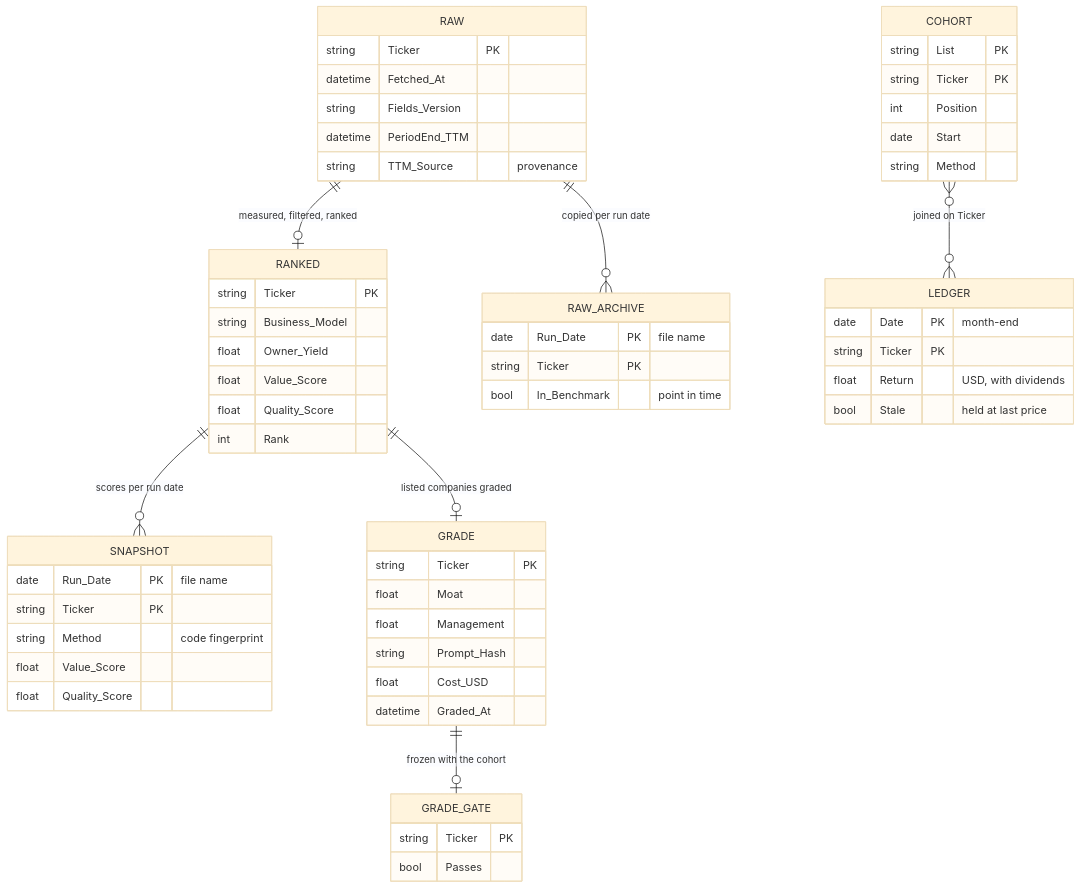
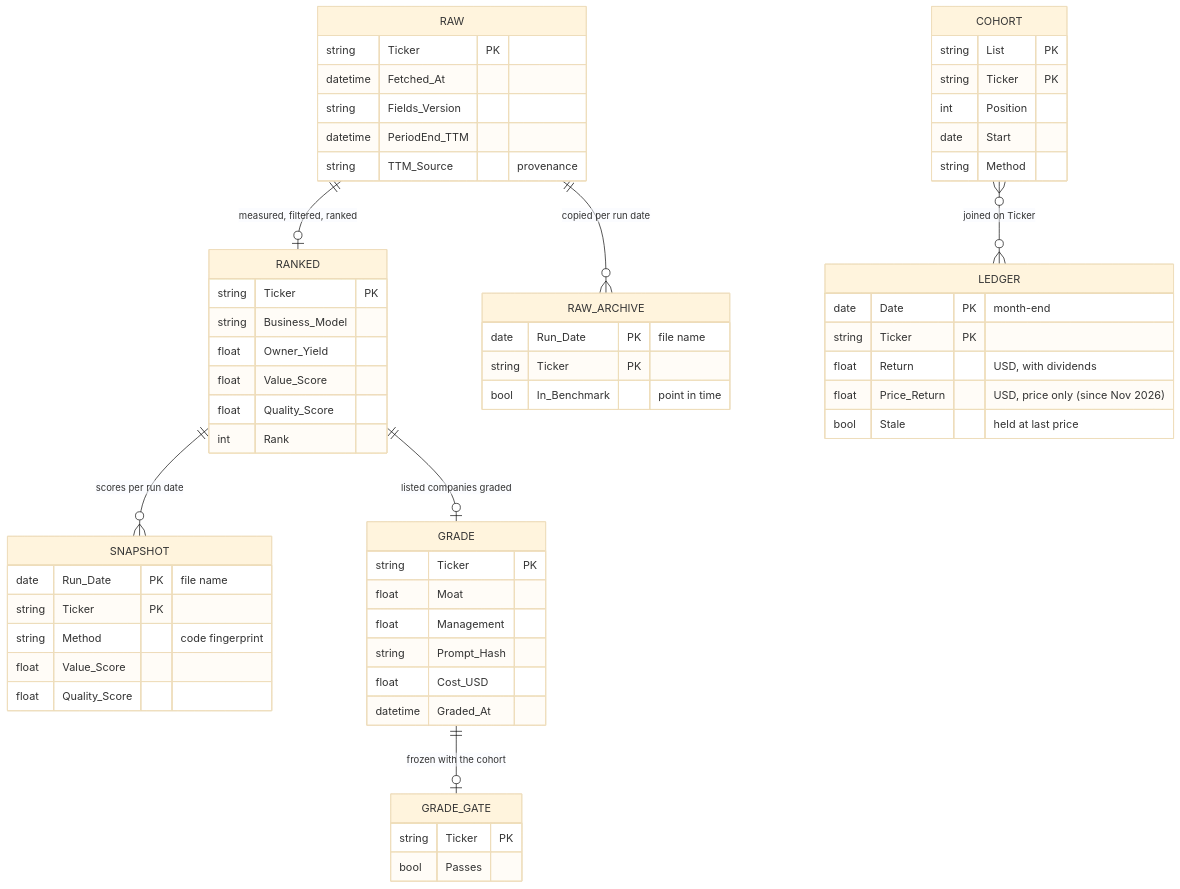
Before and after one commit to JAlvarezRomario/equity-screening-pipeline: the fourth of 5 diagrams in ARCHITECTURE.md, drawn with Mermaid (base theme). The commit also changed 6 other files, not shown here.

First line of the commit message:
Forward test: late dividends carried, price-only return stored, page text fixed

````diff
--- a/ARCHITECTURE.md
+++ b/ARCHITECTURE.md
@@ -198,61 +198,62 @@
 ```mermaid
 erDiagram
     RAW ||--o| RANKED : "measured, filtered, ranked"
     RAW ||--o{ RAW_ARCHIVE : "copied per run date"
     RANKED ||--o{ SNAPSHOT : "scores per run date"
     RANKED ||--o| GRADE : "listed companies graded"
     GRADE ||--o| GRADE_GATE : "frozen with the cohort"
     COHORT }o--o{ LEDGER : "joined on Ticker"
     RAW {
         string Ticker PK
         datetime Fetched_At
         string Fields_Version
         datetime PeriodEnd_TTM
         string TTM_Source "provenance"
     }
     RANKED {
         string Ticker PK
         string Business_Model
         float Owner_Yield
         float Value_Score
         float Quality_Score
         int Rank
     }
     RAW_ARCHIVE {
         date Run_Date PK "file name"
         string Ticker PK
         bool In_Benchmark "point in time"
     }
     SNAPSHOT {
         date Run_Date PK "file name"
         string Ticker PK
         string Method "code fingerprint"
         float Value_Score
         float Quality_Score
     }
     GRADE {
         string Ticker PK
         float Moat
         float Management
         string Prompt_Hash
         float Cost_USD
         datetime Graded_At
     }
     GRADE_GATE {
         string Ticker PK
         bool Passes
     }
     COHORT {
         string List PK
         string Ticker PK
         int Position
         date Start
         string Method
     }
     LEDGER {
         date Date PK "month-end"
         string Ticker PK
         float Return "USD, with dividends"
+        float Price_Return "USD, price only (since Nov 2026)"
         bool Stale "held at last price"
     }
 ```
````
